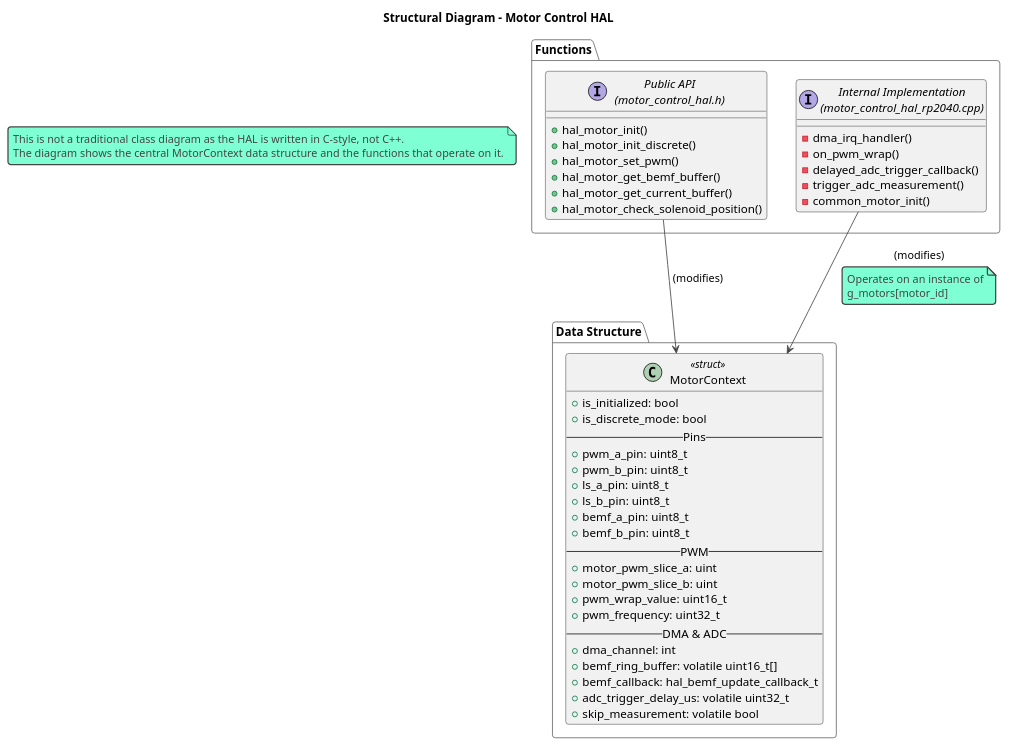
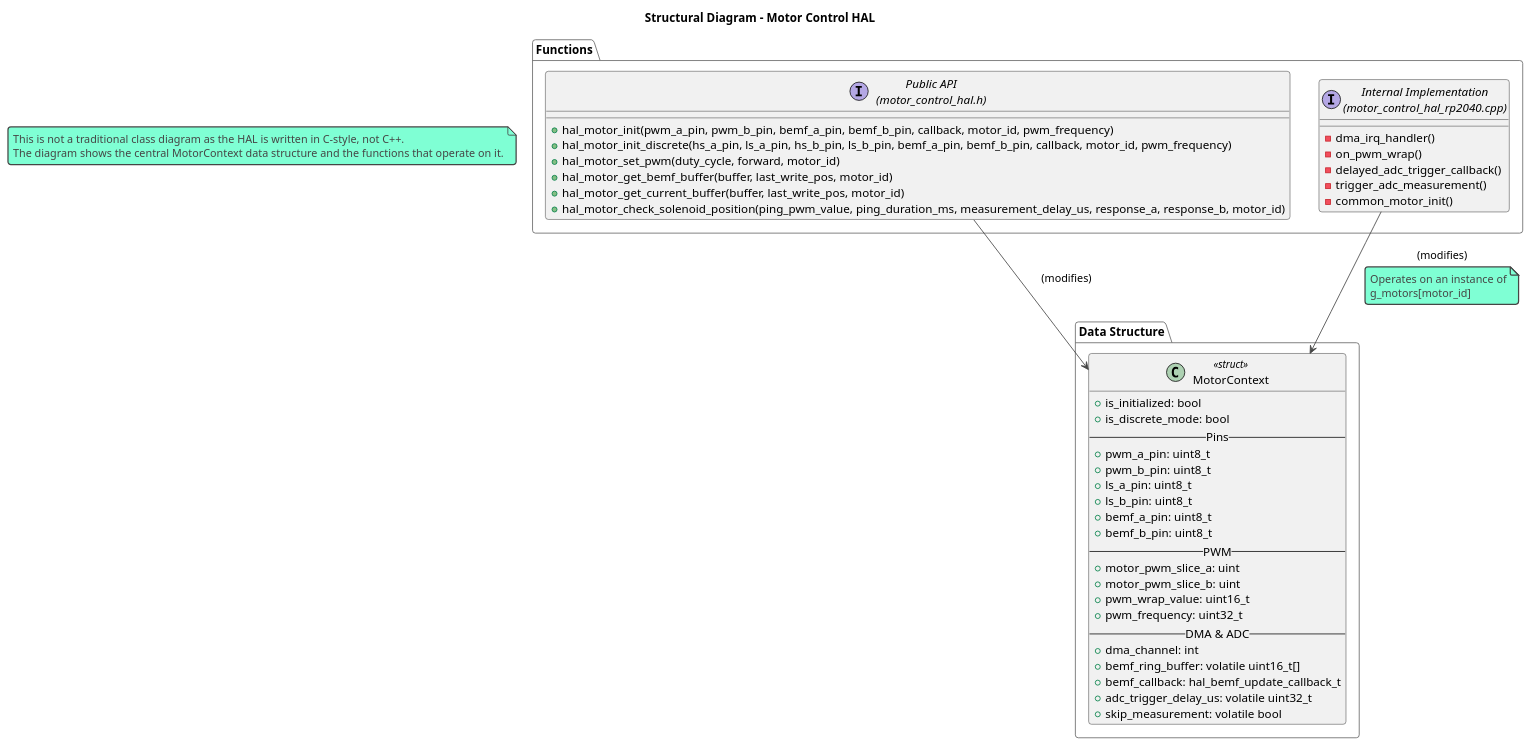
One commit to chatelao/xDuinoRails_MotorControl_bEMF changed the diagram in arch/class_diagram.puml. Above: the diagram before and after it, drawn with PlantUML.

Commit message:
Docs: Update Class Diagram with Function Parameters
Updated the PlantUML class diagram in `arch/class_diagram.puml` to include the parameters for all functions in the Public API, as defined in the header file `src/motor_control_hal.h`.

This brings the documentation in line with the current codebase.

```diff
--- a/arch/class_diagram.puml
+++ b/arch/class_diagram.puml
@@ -1,64 +1,64 @@
 @startuml class_diagram
 
 !theme vibrant
 
 title Structural Diagram - Motor Control HAL
 
 note as N1
   This is not a traditional class diagram as the HAL is written in C-style, not C++.
   The diagram shows the central MotorContext data structure and the functions that operate on it.
 end note
 
 package "Data Structure" {
   class MotorContext <<struct>> {
     + is_initialized: bool
     + is_discrete_mode: bool
     -- Pins --
     + pwm_a_pin: uint8_t
     + pwm_b_pin: uint8_t
     + ls_a_pin: uint8_t
     + ls_b_pin: uint8_t
     + bemf_a_pin: uint8_t
     + bemf_b_pin: uint8_t
     -- PWM --
     + motor_pwm_slice_a: uint
     + motor_pwm_slice_b: uint
     + pwm_wrap_value: uint16_t
     + pwm_frequency: uint32_t
     -- DMA & ADC --
     + dma_channel: int
     + bemf_ring_buffer: volatile uint16_t[]
     + bemf_callback: hal_bemf_update_callback_t
     + adc_trigger_delay_us: volatile uint32_t
     + skip_measurement: volatile bool
   }
 }
 
 package "Functions" {
   interface "Public API\n(motor_control_hal.h)" as PublicAPI {
-    + hal_motor_init()
-    + hal_motor_init_discrete()
-    + hal_motor_set_pwm()
-    + hal_motor_get_bemf_buffer()
-    + hal_motor_get_current_buffer()
-    + hal_motor_check_solenoid_position()
+    + hal_motor_init(pwm_a_pin, pwm_b_pin, bemf_a_pin, bemf_b_pin, callback, motor_id, pwm_frequency)
+    + hal_motor_init_discrete(hs_a_pin, ls_a_pin, hs_b_pin, ls_b_pin, bemf_a_pin, bemf_b_pin, callback, motor_id, pwm_frequency)
+    + hal_motor_set_pwm(duty_cycle, forward, motor_id)
+    + hal_motor_get_bemf_buffer(buffer, last_write_pos, motor_id)
+    + hal_motor_get_current_buffer(buffer, last_write_pos, motor_id)
+    + hal_motor_check_solenoid_position(ping_pwm_value, ping_duration_ms, measurement_delay_us, response_a, response_b, motor_id)
   }
 
   interface "Internal Implementation\n(motor_control_hal_rp2040.cpp)" as InternalImpl {
     - dma_irq_handler()
     - on_pwm_wrap()
     - delayed_adc_trigger_callback()
     - trigger_adc_measurement()
     - common_motor_init()
   }
 }
 
 PublicAPI --> MotorContext : (modifies)
 InternalImpl --> MotorContext : (modifies)
 
 note on link
   Operates on an instance of
   g_motors[motor_id]
 end note
 
 @enduml
```
